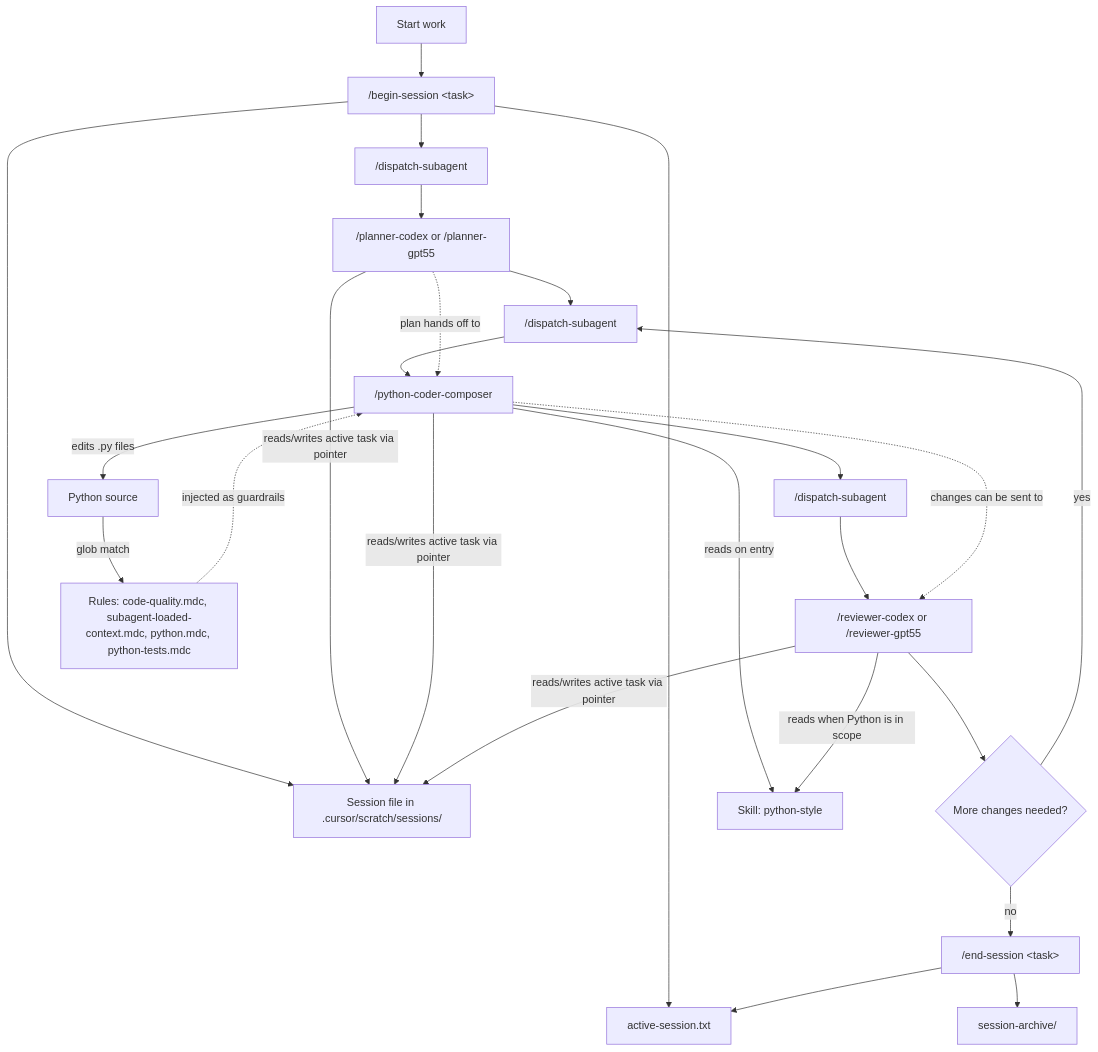
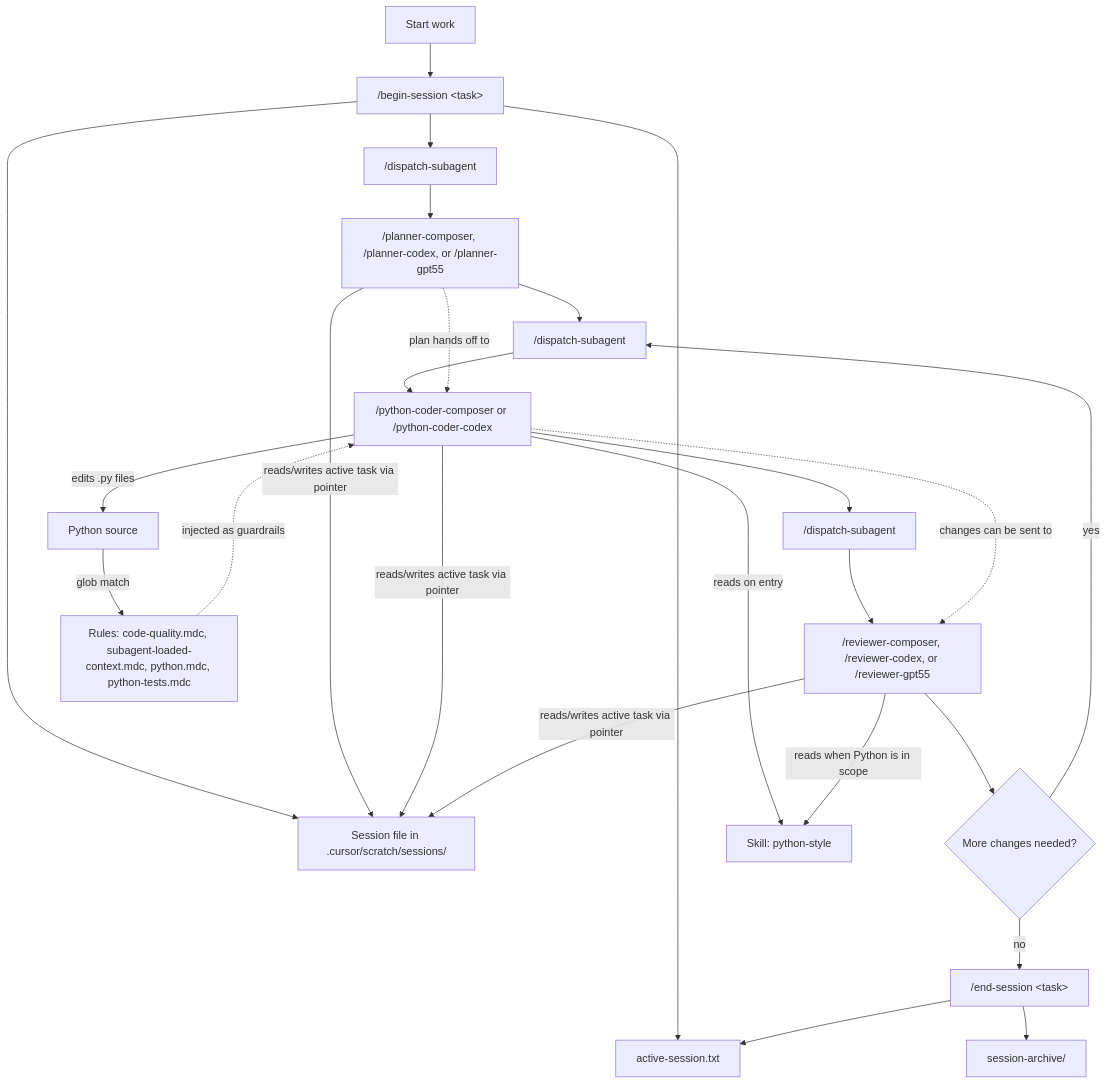
Before and after one commit to aaroncouch/CouchPilot: the diagram in README.md, drawn with Mermaid. The commit also changed other lines of this file and 13 other files, not shown here.

````diff
--- a/README.md
+++ b/README.md
@@ -169,27 +230,27 @@
 ```mermaid
 flowchart TD
   start["Start work"] --> begin["/begin-session &lt;task&gt;"]
   begin --> pointer["active-session.txt"]
   begin --> session["Session file in .cursor/scratch/sessions/"]
   begin --> dispatchPlan["/dispatch-subagent"]
-  dispatchPlan --> plan["/planner-codex or /planner-gpt55"]
+  dispatchPlan --> plan["/planner-composer, /planner-codex, or /planner-gpt55"]
   plan --> dispatchCode["/dispatch-subagent"]
-  dispatchCode --> code["/python-coder-composer"]
+  dispatchCode --> code["/python-coder-composer or /python-coder-codex"]
   code --> dispatchReview["/dispatch-subagent"]
-  dispatchReview --> review["/reviewer-codex or /reviewer-gpt55"]
+  dispatchReview --> review["/reviewer-composer, /reviewer-codex, or /reviewer-gpt55"]
   review --> iterate{"More changes needed?"}
   iterate -- yes --> dispatchCode
   iterate -- no --> endcmd["/end-session &lt;task&gt;"]
   plan -.->|"plan hands off to"| code
   code -.->|"changes can be sent to"| review
   plan -->|"reads/writes active task via pointer"| session
   code -->|"reads/writes active task via pointer"| session
   review -->|"reads/writes active task via pointer"| session
   code -->|"reads on entry"| skill["Skill: python-style"]
   review -->|"reads when Python is in scope"| skill
   code -->|"edits .py files"| files["Python source"]
   files -->|"glob match"| rules["Rules: code-quality.mdc, subagent-loaded-context.mdc, python.mdc, python-tests.mdc"]
   rules -.->|"injected as guardrails"| code
   endcmd --> archive["session-archive/"]
   endcmd --> pointer
 ```
````
